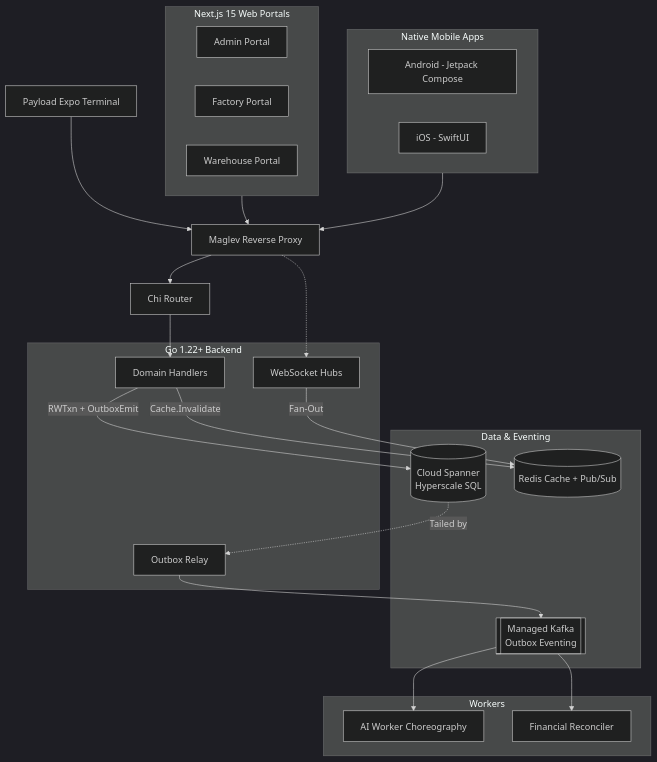
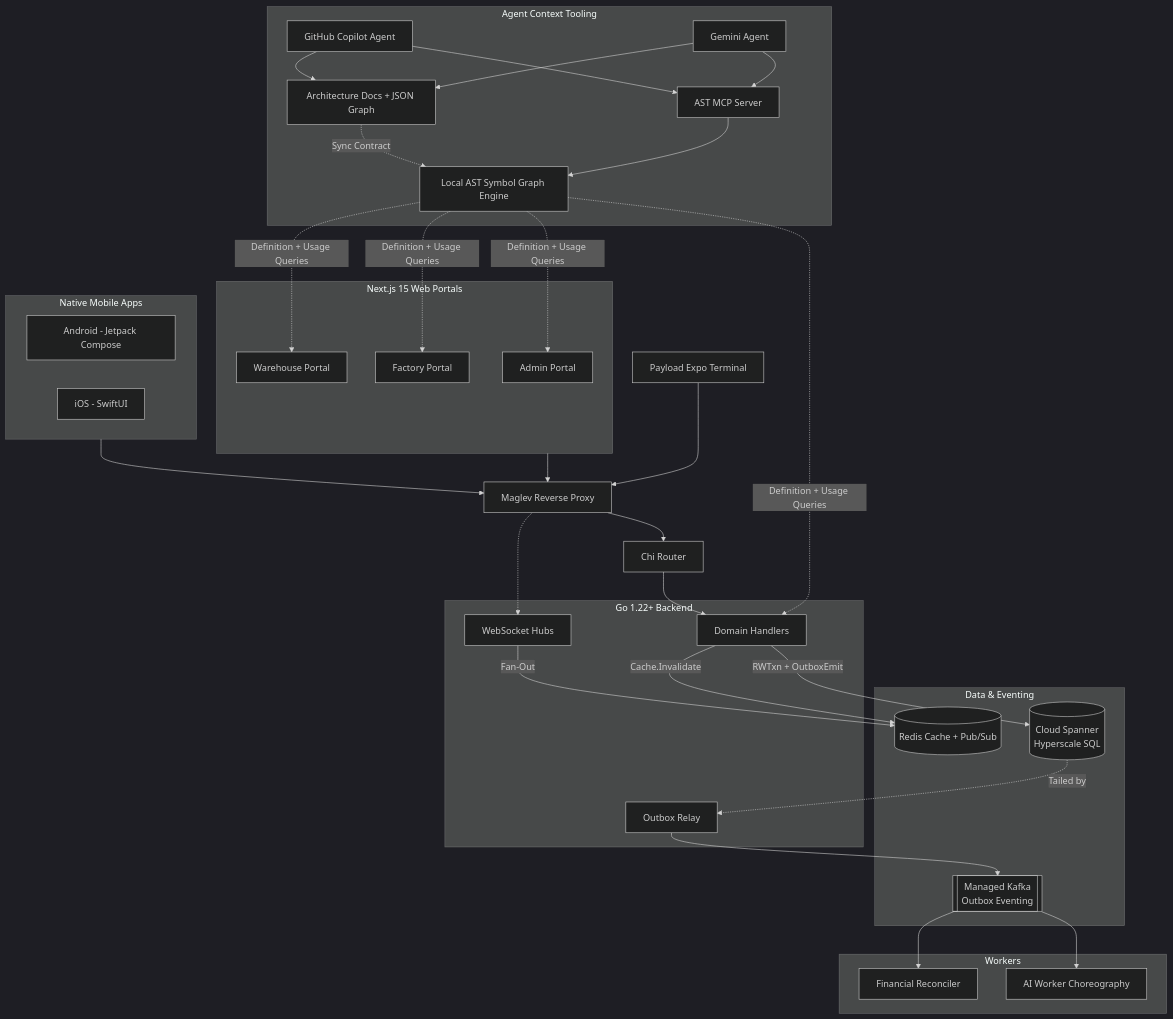
Before and after one commit to CYBERSTALKER07/ATOMOS: the diagram in pegasus/context/architecture.md, drawn with Mermaid (dark theme). The commit also changed other lines of this file and 17 other files, not shown here.

First line of the commit message:
feat: Integrate Local AST Engine and ACT Companion Protocol

````diff
--- a/pegasus/context/architecture.md
+++ b/pegasus/context/architecture.md
@@ -5,58 +5,79 @@
 ```mermaid
 graph TD
     %% Core Infrastructure
     Maglev[Maglev Reverse Proxy]
     Router[Chi Router]
 
     subgraph Data & Eventing
         Spanner[(Cloud Spanner\nHyperscale SQL)]
         Redis[(Redis Cache + Pub/Sub)]
         Kafka[[Managed Kafka\nOutbox Eventing]]
     end
 
     subgraph Backend [Go 1.22+ Backend]
         Handlers[Domain Handlers]
         WSHubs[WebSocket Hubs]
         OutboxRelay[Outbox Relay]
     end
 
     subgraph Workers
         AIWorker[AI Worker Choreography]
         Reconciler[Financial Reconciler]
     end
 
     %% Web Clients
     subgraph Web [Next.js 15 Web Portals]
         AP[Admin Portal]
         FP[Factory Portal]
         WP[Warehouse Portal]
     end
 
     %% Mobile Clients
     subgraph Mobile [Native Mobile Apps]
         Droid[Android - Jetpack Compose]
         iOS[iOS - SwiftUI]
     end
 
     %% Terminal Clients
     Terminal[Payload Expo Terminal]
 
+    %% Agent Context Tooling
+    subgraph AgentContext [Agent Context Tooling]
+        Copilot[GitHub Copilot Agent]
+        Gemini[Gemini Agent]
+        MCPServer[AST MCP Server]
+        ASTEngine[Local AST Symbol Graph Engine]
+        ArchDocs[Architecture Docs + JSON Graph]
+    end
+
     %% Wiring
     Web --> Maglev
     Mobile --> Maglev
     Terminal --> Maglev
+
+    Copilot --> MCPServer
+    Gemini --> MCPServer
+    MCPServer --> ASTEngine
+    Copilot --> ArchDocs
+    Gemini --> ArchDocs
+    ArchDocs -.Sync Contract.-> ASTEngine
     
     Maglev --> Router
     Maglev -.-> WSHubs
     
     Router --> Handlers
     Handlers -->|RWTxn + OutboxEmit| Spanner
     Handlers -->|Cache.Invalidate| Redis
     WSHubs -->|Fan-Out| Redis
     
     Spanner -.->|Tailed by| OutboxRelay
     OutboxRelay --> Kafka
+
+    ASTEngine -.Definition + Usage Queries.-> Handlers
+    ASTEngine -.Definition + Usage Queries.-> AP
+    ASTEngine -.Definition + Usage Queries.-> FP
+    ASTEngine -.Definition + Usage Queries.-> WP
     
     Kafka --> AIWorker
     Kafka --> Reconciler
 ```
````
